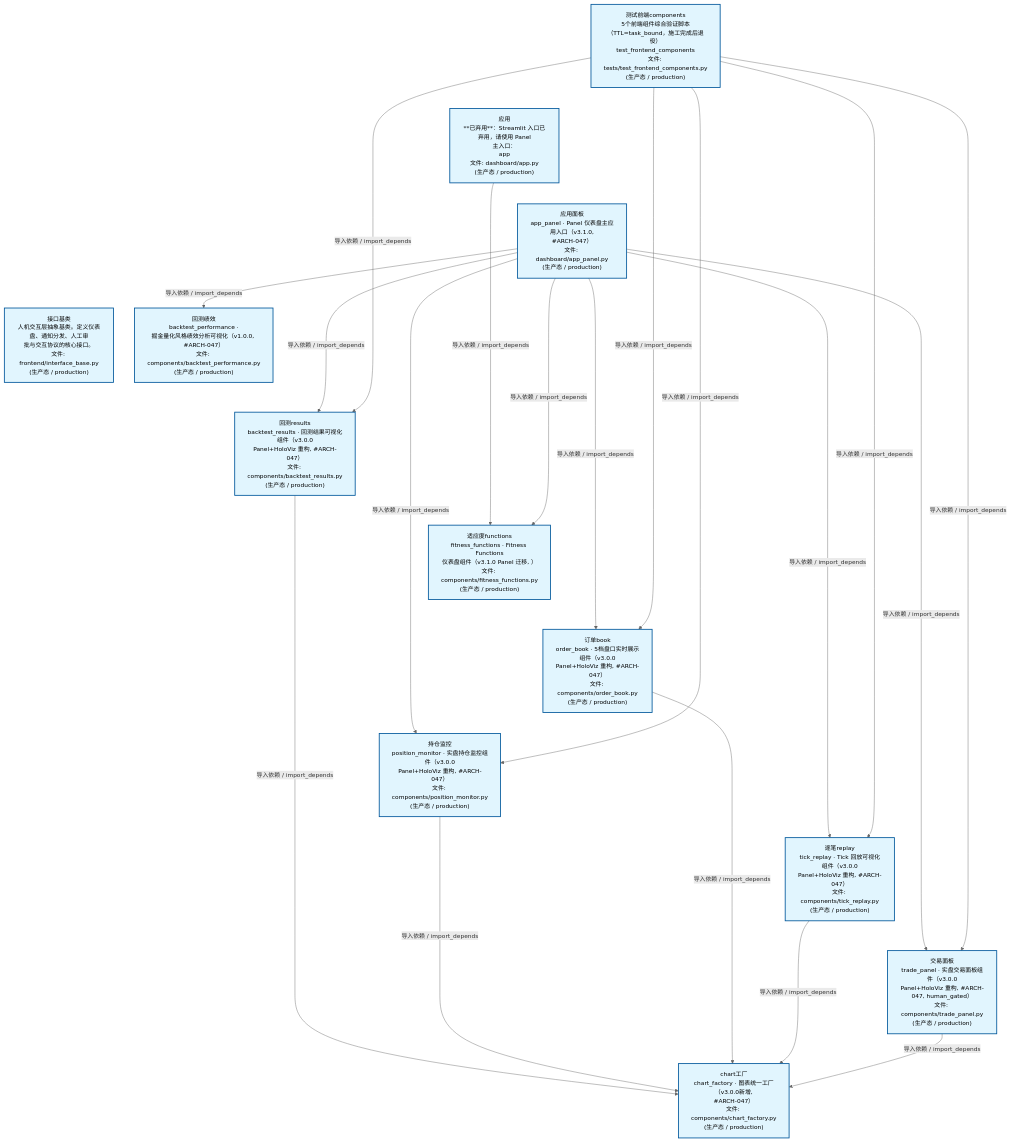
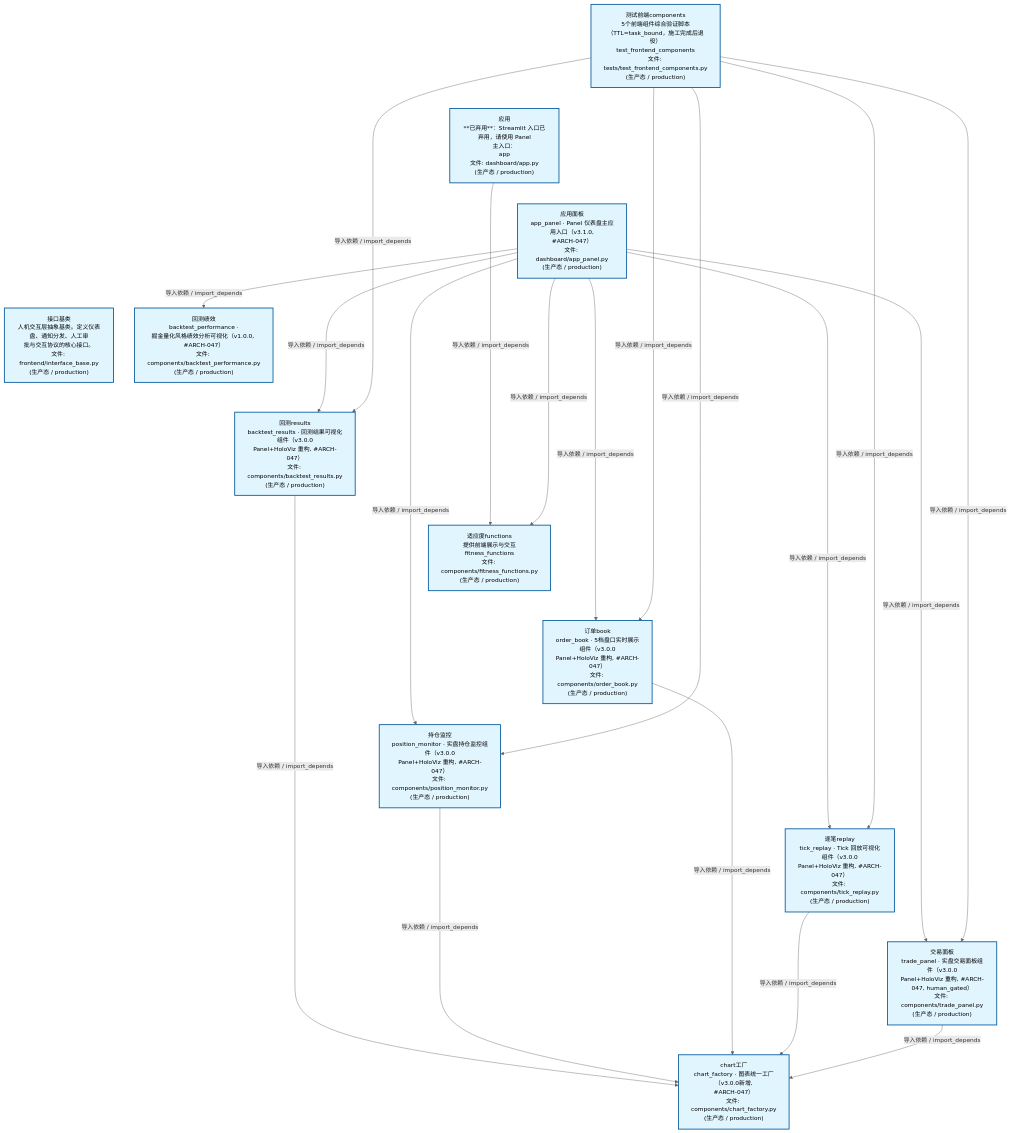
The second of 4 diagrams in docs/02_enterprise_architecture/02_domain_architecture_docs/47_d_frontend.md (xuanFelixVan/ZephyrAlpha), drawn with Mermaid before and after one commit. The commit also changed other lines of this file and 30 other files, not shown here.

````diff
--- a/docs/02_enterprise_architecture/02_domain_architecture_docs/47_d_frontend.md
+++ b/docs/02_enterprise_architecture/02_domain_architecture_docs/47_d_frontend.md
@@ -124,48 +124,48 @@
 ```mermaid
 %%{init: {'theme': 'base', 'themeVariables': {'primaryColor': '#eaeaea', 'primaryTextColor': '#333333', 'primaryBorderColor': '#666666', 'lineColor': '#666666', 'secondaryColor': '#eaeaea', 'tertiaryColor': '#eaeaea', 'fontSize': '14px'}}}%%
 flowchart TD
     scripts_tests_test_frontend_components_py["测试前端components<br/>5个前端组件综合验证脚本<br/>（TTL=task_bound，施工完成后退役）<br/>test_frontend_components<br/>文件: tests/test_frontend_components.py<br/>(生产态 / production)"]
     src_zephyr_frontend_dashboard_app_py["应用<br/>**已弃用**：Streamlit 入口已弃用，请使用 Panel<br/>主入口：<br/>app<br/>文件: dashboard/app.py<br/>(生产态 / production)"]
     src_zephyr_frontend_dashboard_app_panel_py["应用面板<br/>app_panel · Panel 仪表盘主应用入口（v3.1.0,<br/>#ARCH-047）<br/>文件: dashboard/app_panel.py<br/>(生产态 / production)"]
     src_zephyr_frontend_interface_base_py["接口基类<br/>人机交互层抽象基类。定义仪表盘、通知分发、人工审<br/>批与交互协议的核心接口。<br/>文件: frontend/interface_base.py<br/>(生产态 / production)"]
     scripts_tests_test_frontend_components_py ~~~ src_zephyr_frontend_dashboard_app_py
     src_zephyr_frontend_dashboard_app_py ~~~ src_zephyr_frontend_dashboard_app_panel_py
     src_zephyr_frontend_dashboard_app_panel_py ~~~ src_zephyr_frontend_interface_base_py
     src_zephyr_frontend_dashboard_components_backtest_performance_py["回测绩效<br/>backtest_performance ·<br/>掘金量化风格绩效分析可视化（v1.0.0, #ARCH-047）<br/>文件: components/backtest_performance.py<br/>(生产态 / production)"]
     src_zephyr_frontend_dashboard_components_backtest_results_py["回测results<br/>backtest_results · 回测结果可视化组件（v3.0.0<br/>Panel+HoloViz 重构, #ARCH-047）<br/>文件: components/backtest_results.py<br/>(生产态 / production)"]
-    src_zephyr_frontend_dashboard_components_fitness_functions_py["适应度functions<br/>fitness_functions · Fitness Functions<br/>仪表盘组件（v3.1.0 Panel 迁移, ）<br/>文件: components/fitness_functions.py<br/>(生产态 / production)"]
+    src_zephyr_frontend_dashboard_components_fitness_functions_py["适应度functions<br/>提供前端展示与交互<br/>fitness_functions<br/>文件: components/fitness_functions.py<br/>(生产态 / production)"]
     src_zephyr_frontend_dashboard_components_order_book_py["订单book<br/>order_book · 5档盘口实时展示组件（v3.0.0<br/>Panel+HoloViz 重构, #ARCH-047）<br/>文件: components/order_book.py<br/>(生产态 / production)"]
     src_zephyr_frontend_dashboard_components_position_monitor_py["持仓监控<br/>position_monitor · 实盘持仓监控组件（v3.0.0<br/>Panel+HoloViz 重构, #ARCH-047）<br/>文件: components/position_monitor.py<br/>(生产态 / production)"]
     src_zephyr_frontend_dashboard_components_tick_replay_py["逐笔replay<br/>tick_replay · Tick 回放可视化组件（v3.0.0<br/>Panel+HoloViz 重构, #ARCH-047）<br/>文件: components/tick_replay.py<br/>(生产态 / production)"]
     src_zephyr_frontend_dashboard_components_trade_panel_py["交易面板<br/>trade_panel · 实盘交易面板组件（v3.0.0<br/>Panel+HoloViz 重构, #ARCH-047, human_gated）<br/>文件: components/trade_panel.py<br/>(生产态 / production)"]
     src_zephyr_frontend_dashboard_components_backtest_performance_py ~~~ src_zephyr_frontend_dashboard_components_backtest_results_py
     src_zephyr_frontend_dashboard_components_backtest_results_py ~~~ src_zephyr_frontend_dashboard_components_fitness_functions_py
     src_zephyr_frontend_dashboard_components_fitness_functions_py ~~~ src_zephyr_frontend_dashboard_components_order_book_py
     src_zephyr_frontend_dashboard_components_order_book_py ~~~ src_zephyr_frontend_dashboard_components_position_monitor_py
     src_zephyr_frontend_dashboard_components_position_monitor_py ~~~ src_zephyr_frontend_dashboard_components_tick_replay_py
     src_zephyr_frontend_dashboard_components_tick_replay_py ~~~ src_zephyr_frontend_dashboard_components_trade_panel_py
     src_zephyr_frontend_dashboard_components_chart_factory_py["chart工厂<br/>chart_factory · 图表统一工厂（v3.0.0新增,<br/>#ARCH-047）<br/>文件: components/chart_factory.py<br/>(生产态 / production)"]
     src_zephyr_frontend_dashboard_app_py -->|导入依赖 / import_depends| src_zephyr_frontend_dashboard_components_fitness_functions_py
     src_zephyr_frontend_dashboard_app_panel_py -->|导入依赖 / import_depends| src_zephyr_frontend_dashboard_components_fitness_functions_py
     src_zephyr_frontend_dashboard_app_panel_py -->|导入依赖 / import_depends| src_zephyr_frontend_dashboard_components_backtest_results_py
     src_zephyr_frontend_dashboard_app_panel_py -->|导入依赖 / import_depends| src_zephyr_frontend_dashboard_components_backtest_performance_py
     src_zephyr_frontend_dashboard_app_panel_py -->|导入依赖 / import_depends| src_zephyr_frontend_dashboard_components_position_monitor_py
     src_zephyr_frontend_dashboard_app_panel_py -->|导入依赖 / import_depends| src_zephyr_frontend_dashboard_components_order_book_py
     src_zephyr_frontend_dashboard_app_panel_py -->|导入依赖 / import_depends| src_zephyr_frontend_dashboard_components_tick_replay_py
     src_zephyr_frontend_dashboard_app_panel_py -->|导入依赖 / import_depends| src_zephyr_frontend_dashboard_components_trade_panel_py
     src_zephyr_frontend_dashboard_components_backtest_results_py -->|导入依赖 / import_depends| src_zephyr_frontend_dashboard_components_chart_factory_py
     src_zephyr_frontend_dashboard_components_position_monitor_py -->|导入依赖 / import_depends| src_zephyr_frontend_dashboard_components_chart_factory_py
     src_zephyr_frontend_dashboard_components_order_book_py -->|导入依赖 / import_depends| src_zephyr_frontend_dashboard_components_chart_factory_py
     src_zephyr_frontend_dashboard_components_tick_replay_py -->|导入依赖 / import_depends| src_zephyr_frontend_dashboard_components_chart_factory_py
     src_zephyr_frontend_dashboard_components_trade_panel_py -->|导入依赖 / import_depends| src_zephyr_frontend_dashboard_components_chart_factory_py
     scripts_tests_test_frontend_components_py -->|导入依赖 / import_depends| src_zephyr_frontend_dashboard_components_backtest_results_py
     scripts_tests_test_frontend_components_py -->|导入依赖 / import_depends| src_zephyr_frontend_dashboard_components_position_monitor_py
     scripts_tests_test_frontend_components_py -->|导入依赖 / import_depends| src_zephyr_frontend_dashboard_components_order_book_py
     scripts_tests_test_frontend_components_py -->|导入依赖 / import_depends| src_zephyr_frontend_dashboard_components_tick_replay_py
     scripts_tests_test_frontend_components_py -->|导入依赖 / import_depends| src_zephyr_frontend_dashboard_components_trade_panel_py
     classDef production fill:#e1f5fe,stroke:#01579b,stroke-width:2px,color:#000
     classDef design fill:#fff3e0,stroke:#e65100,stroke-width:2px,color:#000,stroke-dasharray: 5 5
     classDef external_prod fill:#e8f4fd,stroke:#0277bd,stroke-width:1px,color:#000
     classDef external_design fill:#fff8e7,stroke:#ef6c00,stroke-width:1px,color:#000,stroke-dasharray: 5 5
     class scripts_tests_test_frontend_components_py,src_zephyr_frontend_dashboard_app_py,src_zephyr_frontend_dashboard_app_panel_py,src_zephyr_frontend_dashboard_components_backtest_performance_py,src_zephyr_frontend_dashboard_components_backtest_results_py,src_zephyr_frontend_dashboard_components_chart_factory_py,src_zephyr_frontend_dashboard_components_fitness_functions_py,src_zephyr_frontend_dashboard_components_order_book_py,src_zephyr_frontend_dashboard_components_position_monitor_py,src_zephyr_frontend_dashboard_components_tick_replay_py,src_zephyr_frontend_dashboard_components_trade_panel_py,src_zephyr_frontend_interface_base_py production
 ```
````
